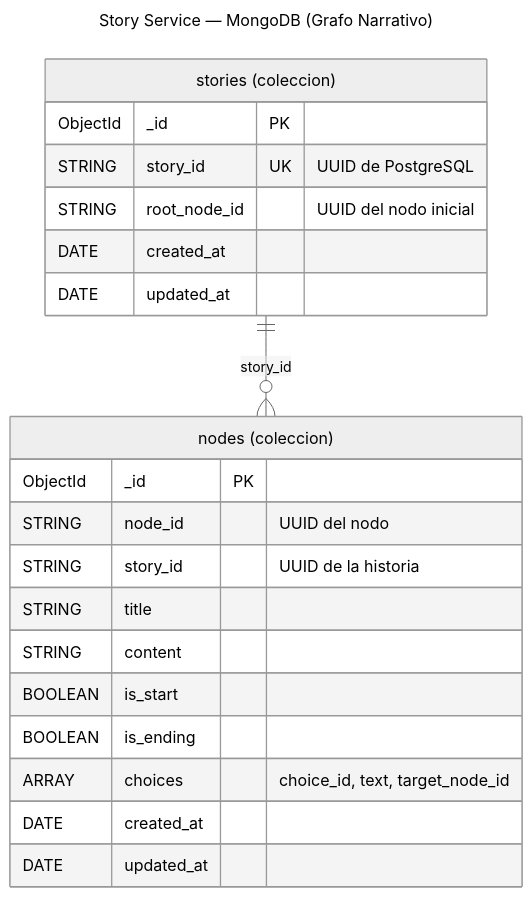
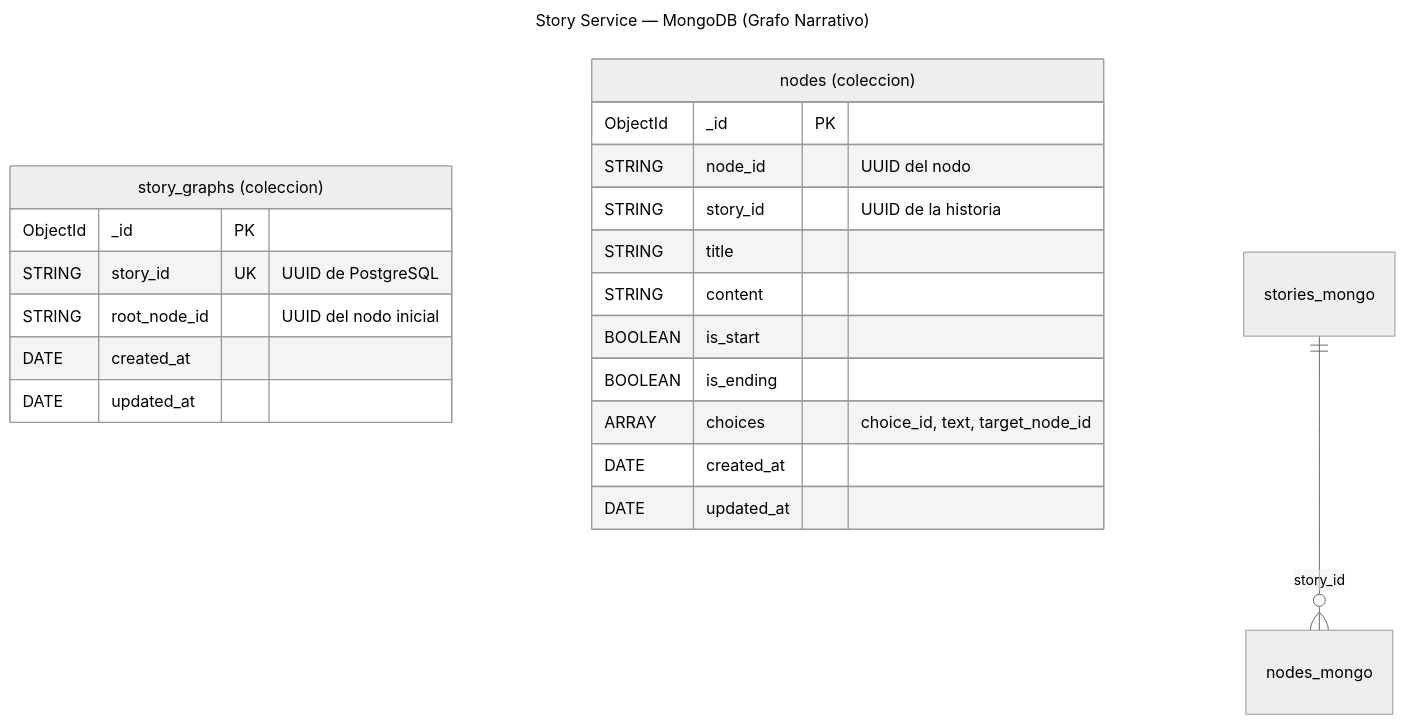
The diagram in diagrams/03b-story-service-mongodb.mmd (juclopezso/StoryGraph), drawn with Mermaid (neutral theme) before and after one commit. The commit also changed 1 other file, not shown here.

Commit message:
feat: final simplified aws architecture added

```diff
--- a/diagrams/03b-story-service-mongodb.mmd
+++ b/diagrams/03b-story-service-mongodb.mmd
@@ -1,26 +1,26 @@
 ---
 title: Story Service — MongoDB (Grafo Narrativo)
 ---
 erDiagram
-    stories_mongo["stories (coleccion)"] {
+    story_graphs ["story_graphs (coleccion)"] {
         ObjectId _id PK
         STRING story_id UK "UUID de PostgreSQL"
         STRING root_node_id "UUID del nodo inicial"
         DATE created_at
         DATE updated_at
     }
 
-    nodes_mongo["nodes (coleccion)"] {
+    nodes ["nodes (coleccion)"] {
         ObjectId _id PK
         STRING node_id "UUID del nodo"
         STRING story_id "UUID de la historia"
         STRING title
         STRING content
         BOOLEAN is_start
         BOOLEAN is_ending
         ARRAY choices "choice_id, text, target_node_id"
         DATE created_at
         DATE updated_at
     }
 
     stories_mongo ||--o{ nodes_mongo : "story_id"
```
